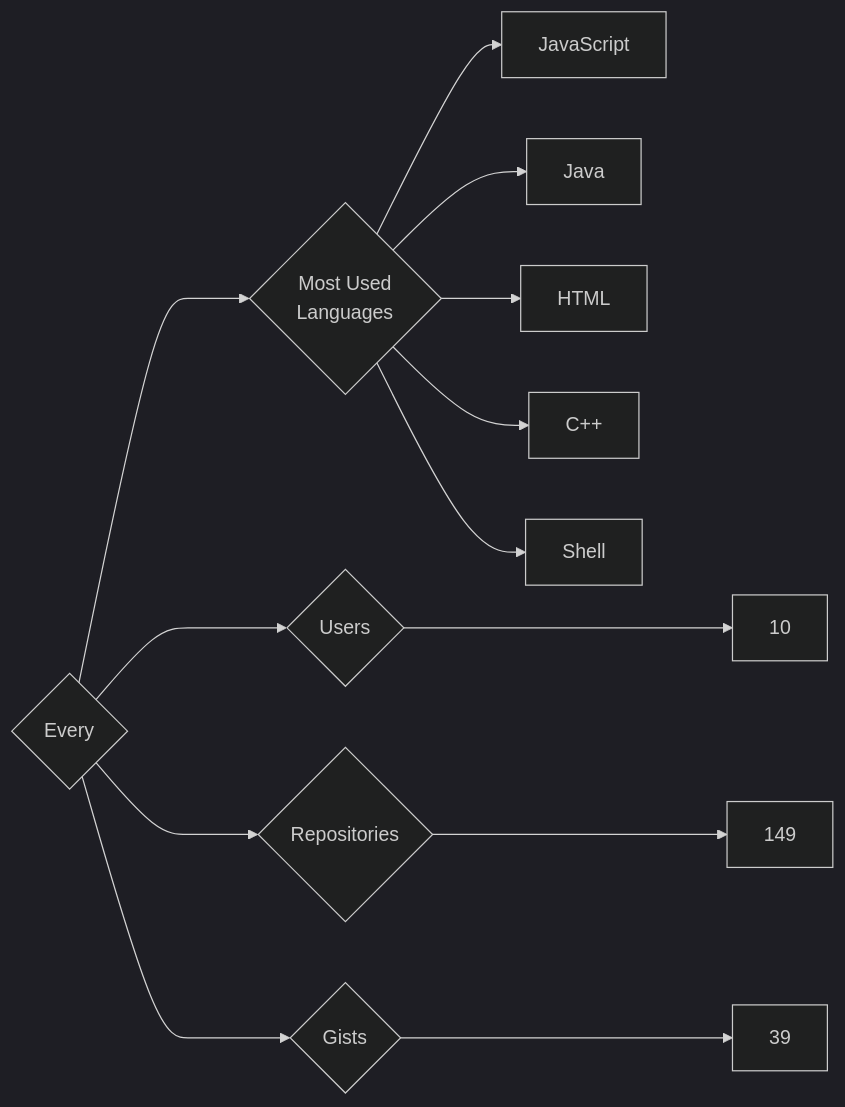
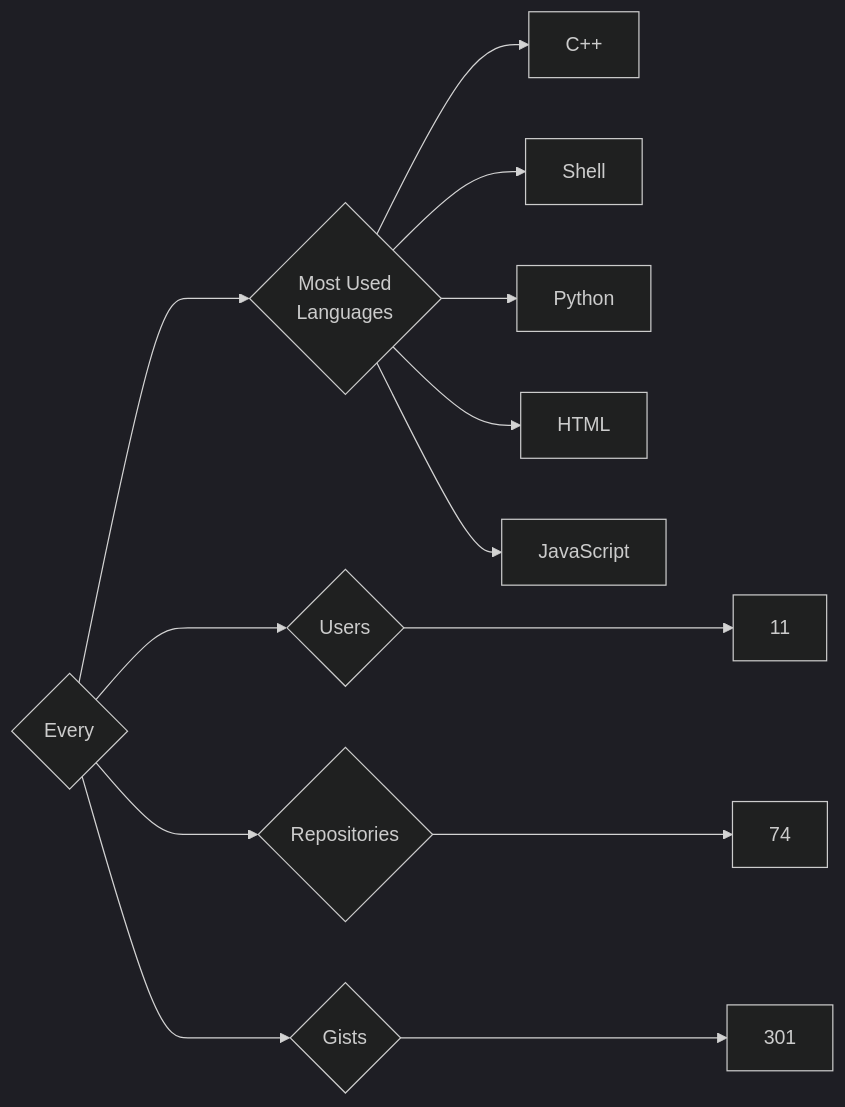
One commit to trickest/insiders changed the diagram in targets/Every/README.md. Above: the diagram before and after it, drawn with Mermaid (dark theme). The commit also changed 965 other files, not shown here.

````diff
--- a/targets/Every/README.md
+++ b/targets/Every/README.md
@@ -3,13 +3,13 @@
 ```mermaid
 graph LR
 COMPANY_NAME{Every}
-COMPANY_NAME ---> U{Users} ---> UN[10]
-COMPANY_NAME ---> R{Repositories} ---> RN[149]
-COMPANY_NAME ---> G{Gists} ---> GN[39]
+COMPANY_NAME ---> U{Users} ---> UN[11]
+COMPANY_NAME ---> R{Repositories} ---> RN[74]
+COMPANY_NAME ---> G{Gists} ---> GN[301]
 COMPANY_NAME ---> ML{Most Used<br>Languages}
-ML --> JavaScript[JavaScript]
-ML --> Java[Java]
-ML --> HTML[HTML]
 ML --> C++[C++]
 ML --> Shell[Shell]
+ML --> Python[Python]
+ML --> HTML[HTML]
+ML --> JavaScript[JavaScript]
 ```
````
